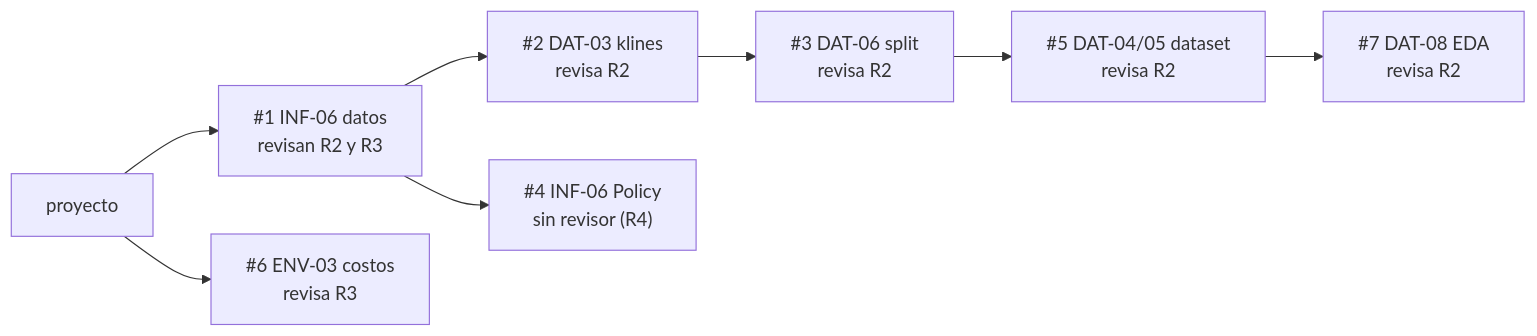
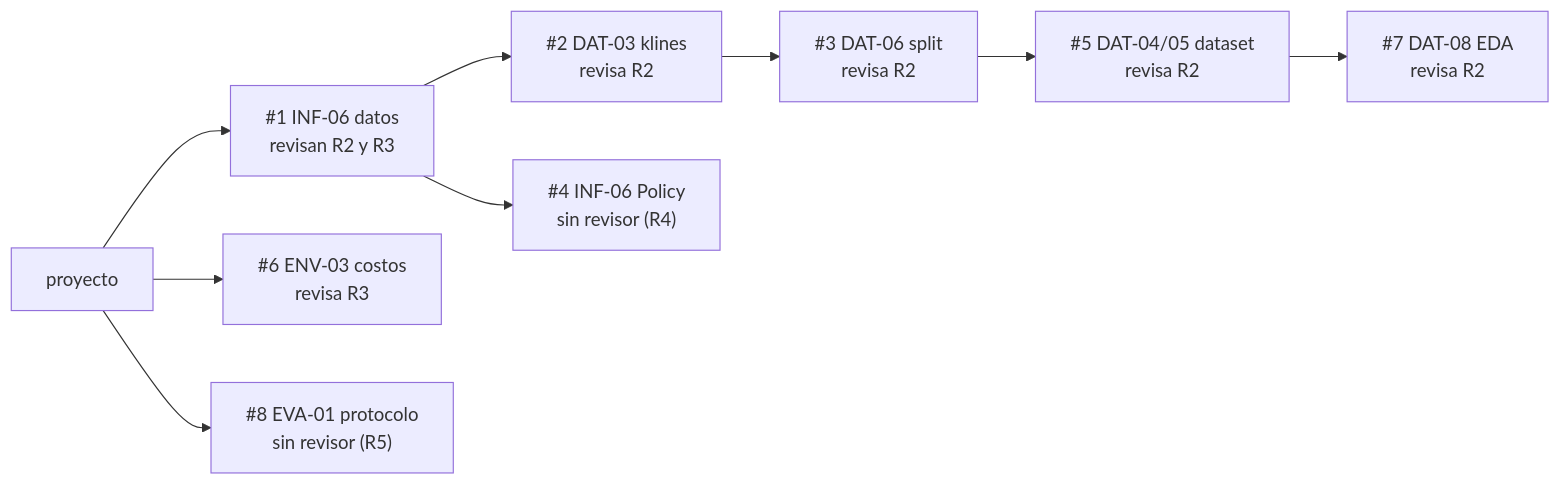
The first of 3 diagrams in docs/04_tareas.md (donmatthiuz/RL), drawn with Mermaid before and after one commit. The commit also changed other lines of this file and 3 other files, not shown here.

````diff
--- a/docs/04_tareas.md
+++ b/docs/04_tareas.md
@@ -27,8 +27,9 @@
 ```mermaid
 flowchart LR
     P["proyecto"] --> PR1["#1 INF-06 datos<br/>revisan R2 y R3"]
     PR1 --> PR2["#2 DAT-03 klines<br/>revisa R2"] --> PR3["#3 DAT-06 split<br/>revisa R2"] --> PR5["#5 DAT-04/05 dataset<br/>revisa R2"]
     PR1 --> PR4["#4 INF-06 Policy<br/>sin revisor (R4)"]
     P --> PR6["#6 ENV-03 costos<br/>revisa R3"]
     PR5 --> PR7["#7 DAT-08 EDA<br/>revisa R2"]
+    P --> PR8["#8 EVA-01 protocolo<br/>sin revisor (R5)"]
 ```
````
